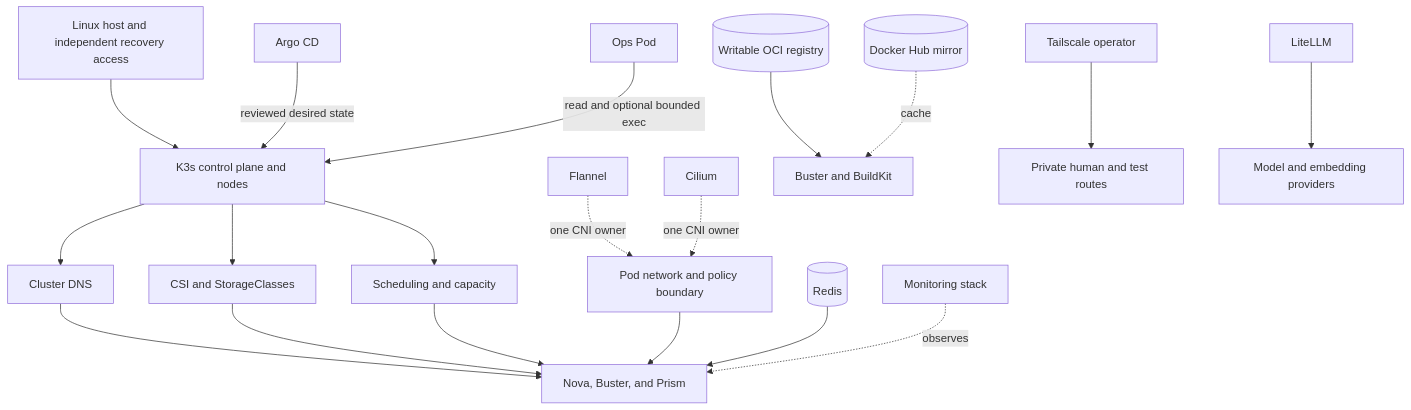
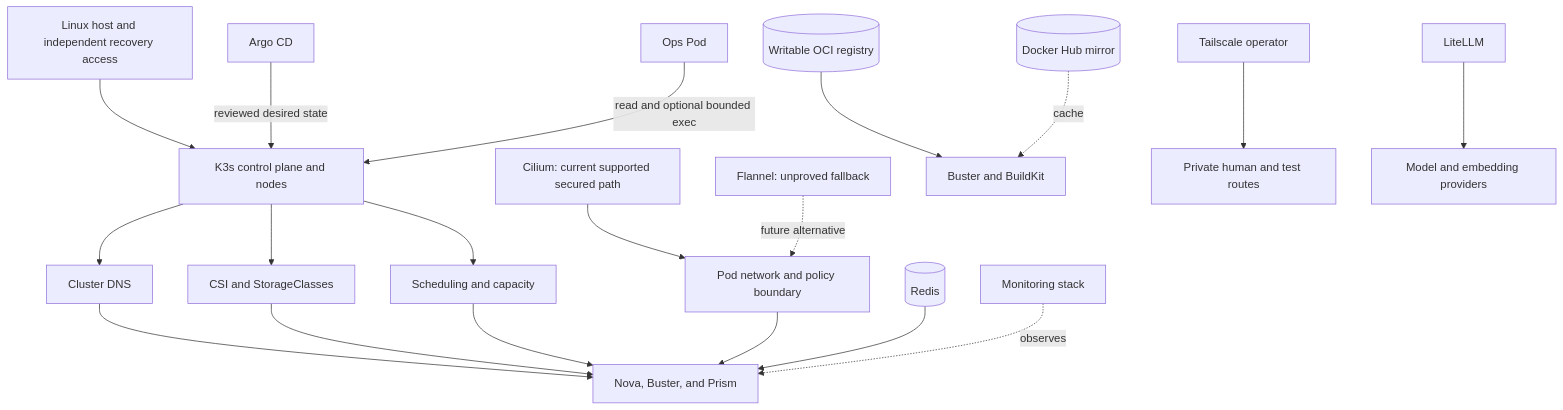
One commit to datrab/kubeclaw changed the diagram in docs/site/understand/platform-and-operations.md. Above: the diagram before and after it, drawn with Mermaid. The commit also changed other lines of this file and 27 other files, not shown here.

````diff
--- a/docs/site/understand/platform-and-operations.md
+++ b/docs/site/understand/platform-and-operations.md
@@ -50,21 +50,21 @@
 ```mermaid
 flowchart TB
     Host[Linux host and independent recovery access] --> K3s[K3s control plane and nodes]
     K3s --> DNS[Cluster DNS]
     K3s --> Storage[CSI and StorageClasses]
     K3s --> Scheduler[Scheduling and capacity]
-    Flannel[Flannel] -. one CNI owner .-> Network[Pod network and policy boundary]
-    Cilium[Cilium] -. one CNI owner .-> Network
+    Cilium[Cilium: current supported secured path] --> Network[Pod network and policy boundary]
+    Flannel[Flannel: unproved fallback] -. future alternative .-> Network
     Argo[Argo CD] -->|reviewed desired state| K3s
     DNS --> Runtime[Nova, Buster, and Prism]
     Storage --> Runtime
     Scheduler --> Runtime
     Network --> Runtime
     Redis[(Redis)] --> Runtime
     Registry[(Writable OCI registry)] --> Buster[Buster and BuildKit]
     Mirror[(Docker Hub mirror)] -. cache .-> Buster
     Tail[Tailscale operator] --> Entry[Private human and test routes]
     Lite[LiteLLM] --> Models[Model and embedding providers]
     Ops[Ops Pod] -->|read and optional bounded exec| K3s
     Monitor[Monitoring stack] -. observes .-> Runtime
 ```
````
